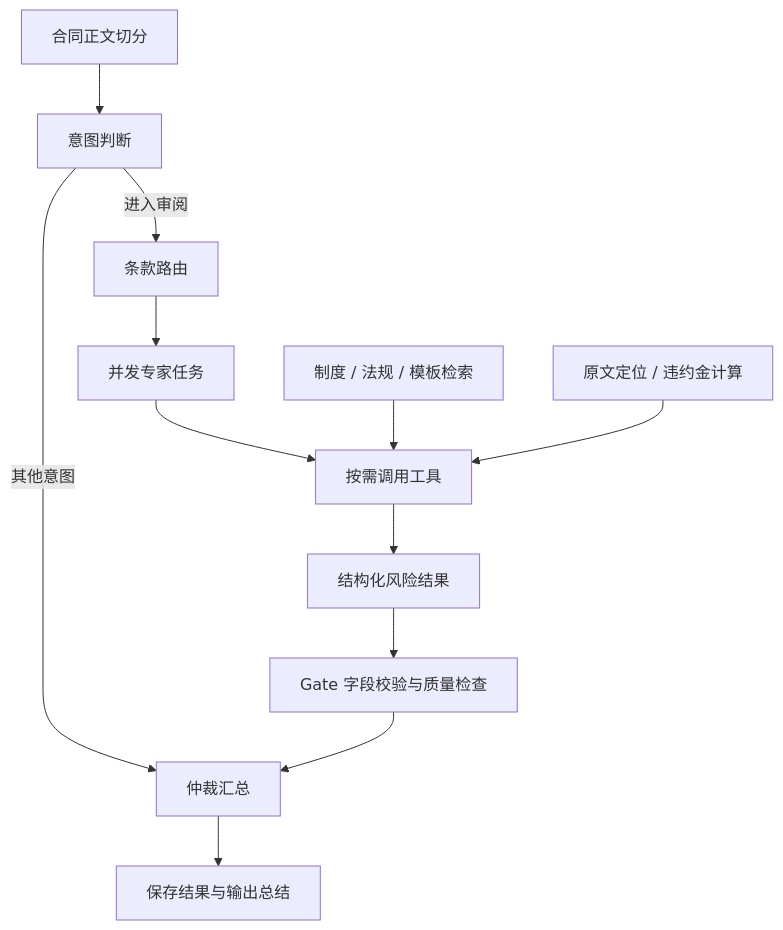
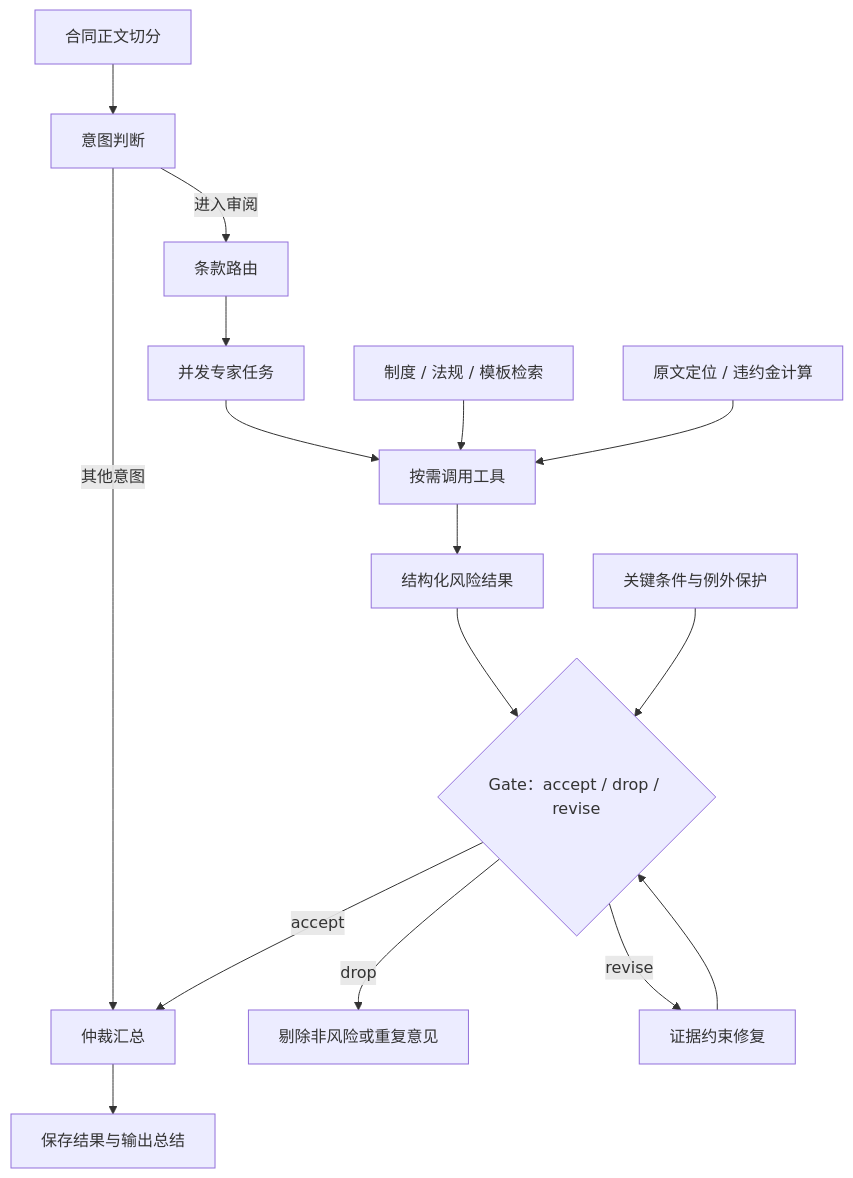
One commit to yskkkk3/Contract_Review changed the second of 3 diagrams in README.md. Above: the diagram before and after it, drawn with Mermaid. The commit also changed other lines of this file, not shown here.

````diff
--- a/README.md
+++ b/README.md
@@ -45,14 +57,18 @@
 ```mermaid
 flowchart TD
     A["合同正文切分"] --> B["意图判断"]
     B -->|"进入审阅"| C["条款路由"]
     B -->|"其他意图"| H["仲裁汇总"]
     C --> D["并发专家任务"]
     D --> E["按需调用工具"]
     E --> F["结构化风险结果"]
-    F --> G["Gate 字段校验与质量检查"]
-    G --> H
+    F --> G{"Gate：accept / drop / revise"}
+    G -->|"accept"| H
+    G -->|"drop"| X["剔除非风险或重复意见"]
+    G -->|"revise"| Y["证据约束修复"]
+    Y --> G
     H --> I["保存结果与输出总结"]
     J["制度 / 法规 / 模板检索"] --> E
     K["原文定位 / 违约金计算"] --> E
+    L["关键条件与例外保护"] --> G
 ```
````
